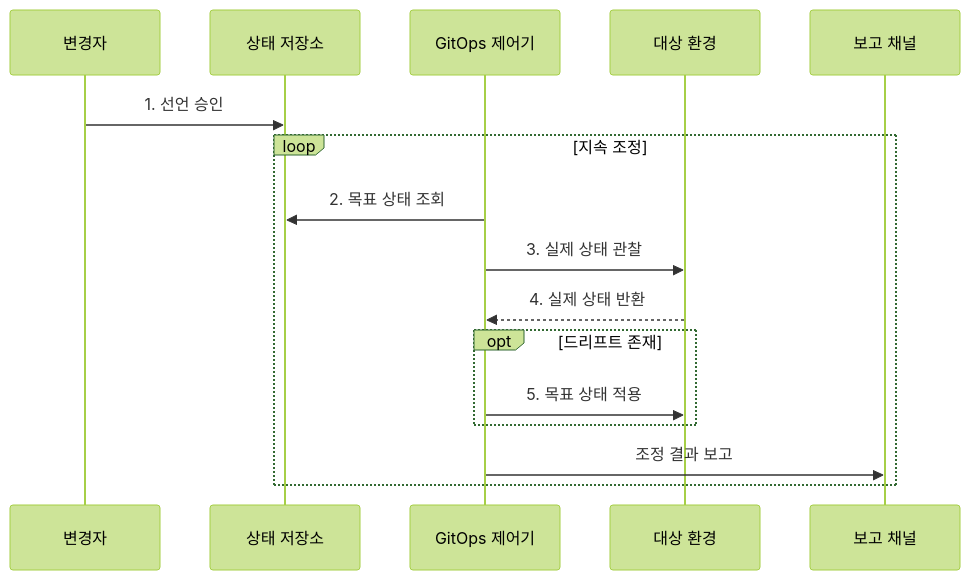
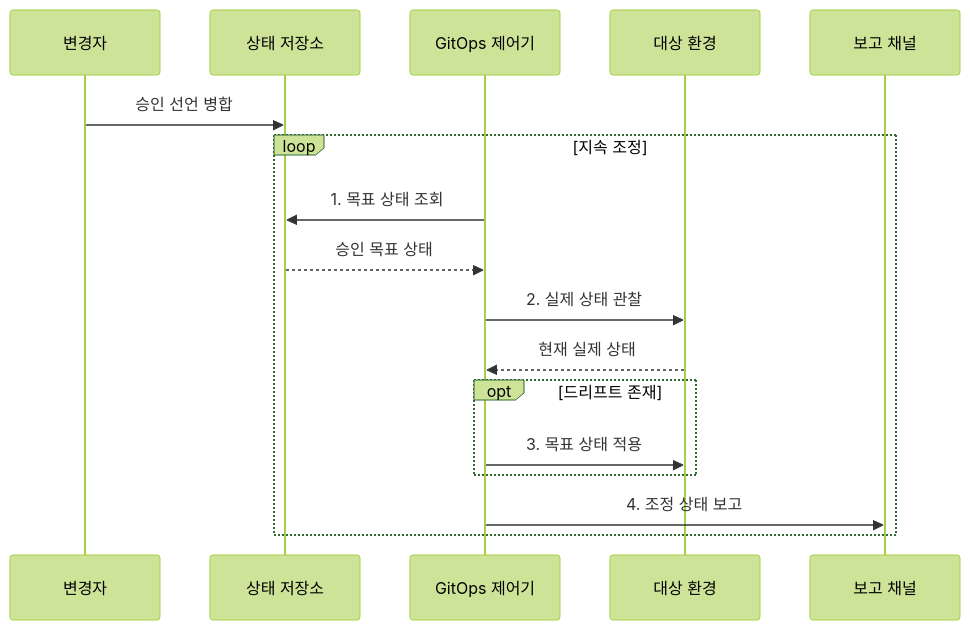
Before and after one commit to agnusdei1207/knowledge-base: the second of 2 diagrams in src/content/docs/notes/03-software/055_gitops.md, drawn with Mermaid (forest theme). The commit also changed other lines of this file and 20 other files, not shown here.

````diff
--- a/src/content/docs/notes/03-software/055_gitops.md
+++ b/src/content/docs/notes/03-software/055_gitops.md
@@ -87,18 +87,19 @@
 ```mermaid
 sequenceDiagram
     participant U as 변경자
     participant R as 상태 저장소
     participant C as GitOps 제어기
     participant E as 대상 환경
     participant N as 보고 채널
-    U->>R: 1. 선언 승인
+    U->>R: 승인 선언 병합
     loop 지속 조정
-        C->>R: 2. 목표 상태 조회
-        C->>E: 3. 실제 상태 관찰
-        E-->>C: 4. 실제 상태 반환
+        C->>R: 1. 목표 상태 조회
+        R-->>C: 승인 목표 상태
+        C->>E: 2. 실제 상태 관찰
+        E-->>C: 현재 실제 상태
         opt 드리프트 존재
-            C->>E: 5. 목표 상태 적용
+            C->>E: 3. 목표 상태 적용
         end
-        C->>N: 조정 결과 보고
+        C->>N: 4. 조정 상태 보고
     end
 ```
````
